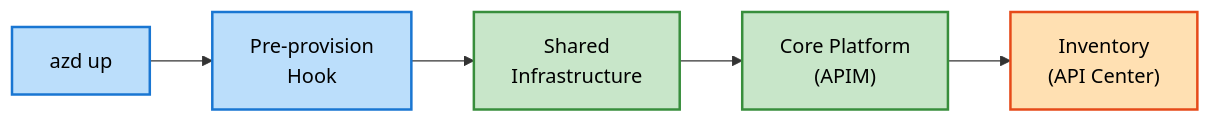
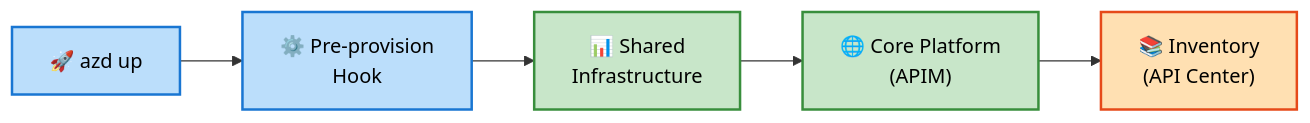
One commit to Evilazaro/APIM-Accelerator changed the second of 2 diagrams in README.md. Above: the diagram before and after it, drawn with Mermaid. The commit also changed other lines of this file, not shown here.

Commit message:
Update architecture and deployment diagrams in README.md for enhanced clarity and accessibility

````diff
--- a/README.md
+++ b/README.md
@@ -166,12 +185,28 @@
 ```mermaid
 %%{init: {"flowchart": {"htmlLabels": false}} }%%
 flowchart LR
+    %% ============================================
+    %% DIAGRAM METADATA
+    %% Title: Deployment Flow
+    %% Purpose: Show azd deployment sequence
+    %% Version: 2.0.0 | Updated: 2026-02-05
+    %% ============================================
+
+    %% ============================================
+    %% STANDARD COLOR SCHEME v2.1
+    %% Blue=#BBDEFB (Command/Trigger)
+    %% Green=#C8E6C9 (Infrastructure)
+    %% Orange=#FFE0B2 (Inventory)
+    %% ============================================
+
     classDef mdBlue fill:#BBDEFB,stroke:#1976D2,stroke-width:2px,color:#000
     classDef mdGreen fill:#C8E6C9,stroke:#388E3C,stroke-width:2px,color:#000
     classDef mdOrange fill:#FFE0B2,stroke:#E64A19,stroke-width:2px,color:#000
 
-    A["azd up"]:::mdBlue --> B["Pre-provision<br/>Hook"]:::mdBlue
-    B --> C["Shared<br/>Infrastructure"]:::mdGreen
-    C --> D["Core Platform<br/>(APIM)"]:::mdGreen
-    D --> E["Inventory<br/>(API Center)"]:::mdOrange
+    A["🚀 azd up"]:::mdBlue --> B["⚙️ Pre-provision<br/>Hook"]:::mdBlue
+    B --> C["📊 Shared<br/>Infrastructure"]:::mdGreen
+    C --> D["🌐 Core Platform<br/>(APIM)"]:::mdGreen
+    D --> E["📚 Inventory<br/>(API Center)"]:::mdOrange
+
+    %% Accessibility: WCAG AA verified (4.5:1 contrast ratio)
 ```
````
